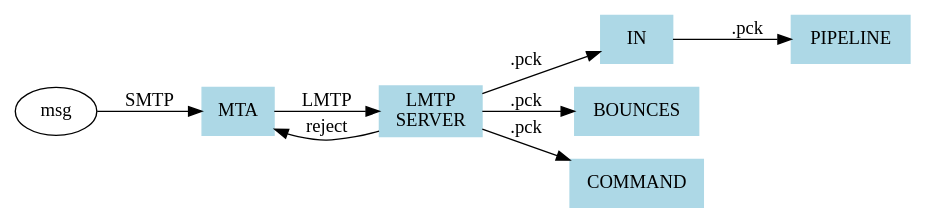
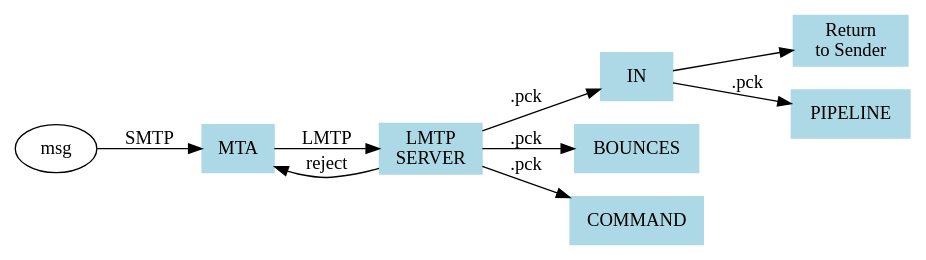
The first of 3 diagrams in src/mailman/docs/8-miles-high.rst (vishrutkohli/mailman3), drawn with Graphviz before and after one commit. The commit also changed other lines of this file, not shown here.

Commit message:
Improve diagrams.  Some wording fixups.

```diff
--- a/src/mailman/docs/8-miles-high.rst
+++ b/src/mailman/docs/8-miles-high.rst
@@ -33,14 +33,16 @@
 .. graphviz::
 
    digraph msgflow {
      rankdir = LR;
      node [shape=box, color=lightblue, style=filled];
      msg [shape=ellipse, color=black, fillcolor=white];
      lmtpd [label="LMTP\nSERVER"];
+     rts [label="Return\nto Sender"];
      msg -> MTA [label="SMTP"];
      MTA -> lmtpd [label="LMTP"];
      lmtpd -> MTA [label="reject"];
      lmtpd -> IN -> PIPELINE [label=".pck"];
+     IN -> rts;
      lmtpd -> BOUNCES [label=".pck"];
      lmtpd -> COMMAND [label=".pck"];
    }
```
